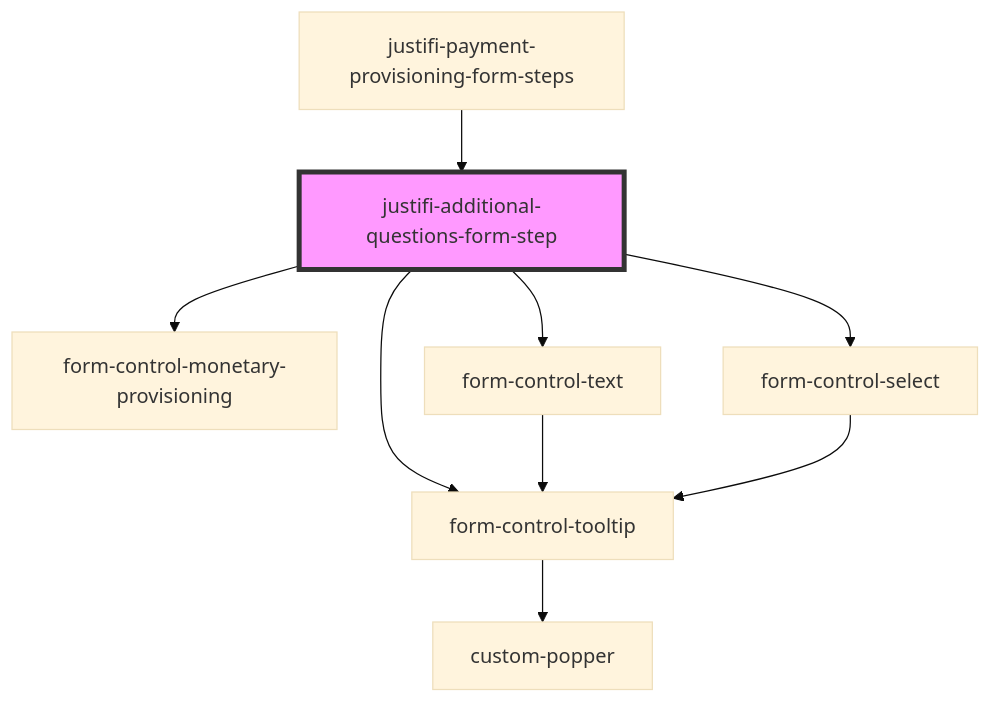
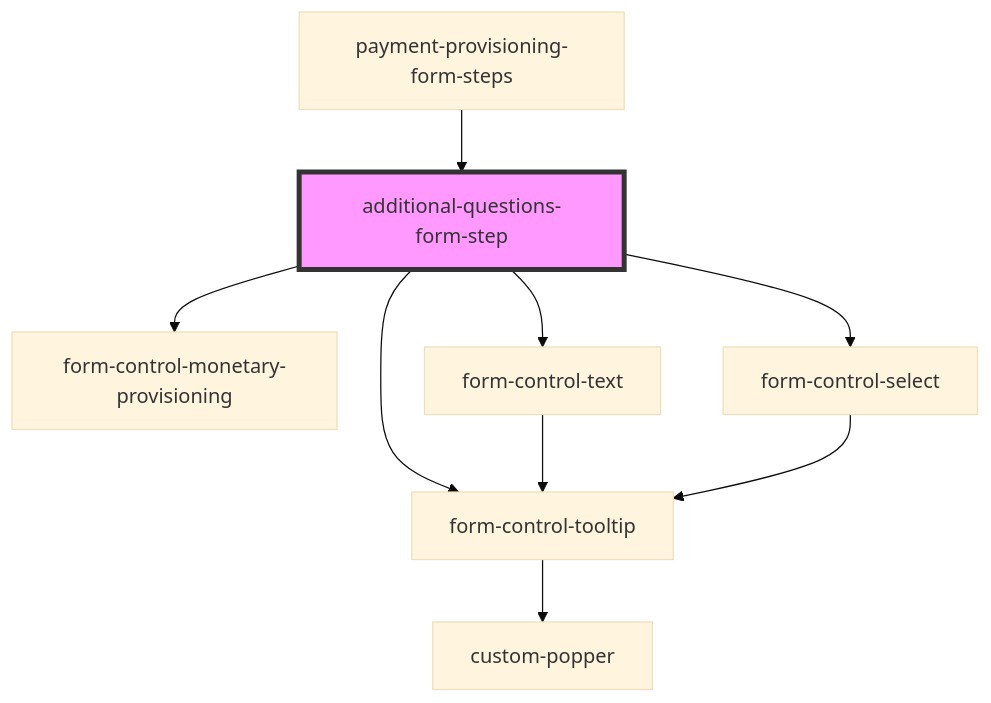
The diagram in packages/webcomponents/src/components/business-forms/payment-provisioning/additional-questions/readme.md (justifi-tech/web-component-library), drawn with Mermaid (base theme) before and after one commit. The commit also changed other lines of this file and 36 other files, not shown here.

````diff
--- a/packages/webcomponents/src/components/business-forms/payment-provisioning/additional-questions/readme.md
+++ b/packages/webcomponents/src/components/business-forms/payment-provisioning/additional-questions/readme.md
@@ -59,12 +59,12 @@
 ```mermaid
 graph TD;
-  justifi-additional-questions-form-step --> form-control-tooltip
-  justifi-additional-questions-form-step --> form-control-monetary-provisioning
-  justifi-additional-questions-form-step --> form-control-text
-  justifi-additional-questions-form-step --> form-control-select
+  additional-questions-form-step --> form-control-tooltip
+  additional-questions-form-step --> form-control-monetary-provisioning
+  additional-questions-form-step --> form-control-text
+  additional-questions-form-step --> form-control-select
   form-control-tooltip --> custom-popper
   form-control-text --> form-control-tooltip
   form-control-select --> form-control-tooltip
-  justifi-payment-provisioning-form-steps --> justifi-additional-questions-form-step
-  style justifi-additional-questions-form-step fill:#f9f,stroke:#333,stroke-width:4px
+  payment-provisioning-form-steps --> additional-questions-form-step
+  style additional-questions-form-step fill:#f9f,stroke:#333,stroke-width:4px
 ```
````
